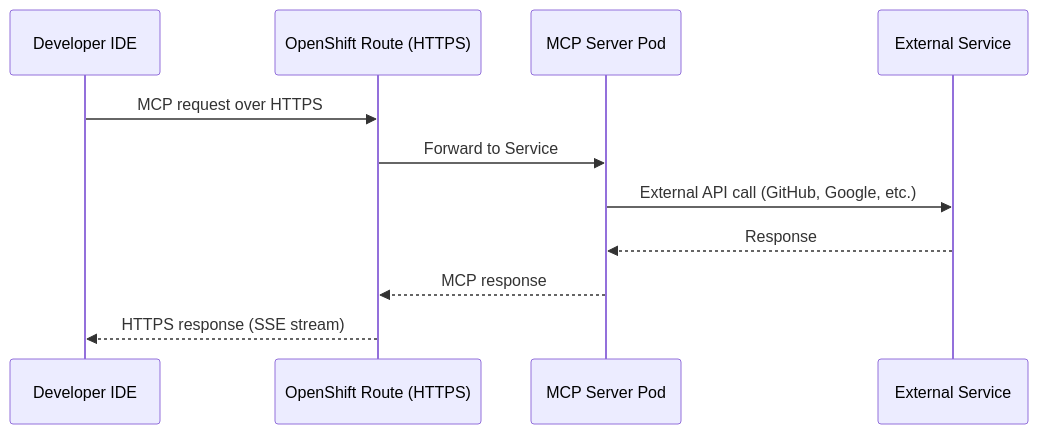
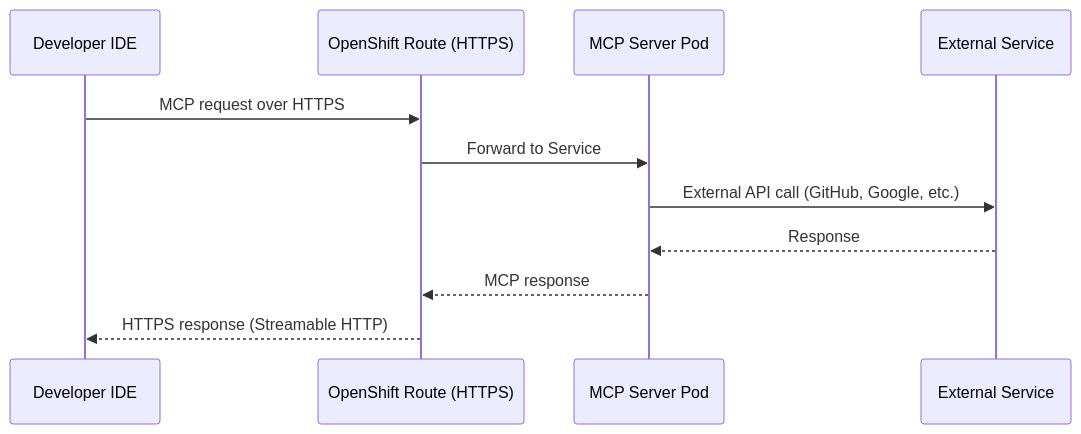
Before and after one commit to hyogrin/rhoai-coding-assistant-lab: the first of 2 diagrams in 1_mcp_servers/1_mcp_overview.md, drawn with Mermaid. The commit also changed other lines of this file and 16 other files, not shown here.

First line of the commit message:
Migrate all MCP servers from SSE to Streamable HTTP transport

````diff
--- a/1_mcp_servers/1_mcp_overview.md
+++ b/1_mcp_servers/1_mcp_overview.md
@@ -9,14 +9,14 @@
 ```mermaid
 sequenceDiagram
     participant IDE as Developer IDE
     participant Route as OpenShift Route (HTTPS)
     participant Pod as MCP Server Pod
     participant API as External Service
 
     IDE->>Route: MCP request over HTTPS
     Route->>Pod: Forward to Service
     Pod->>API: External API call (GitHub, Google, etc.)
     API-->>Pod: Response
     Pod-->>Route: MCP response
-    Route-->>IDE: HTTPS response (SSE stream)
+    Route-->>IDE: HTTPS response (Streamable HTTP)
 ```
````
